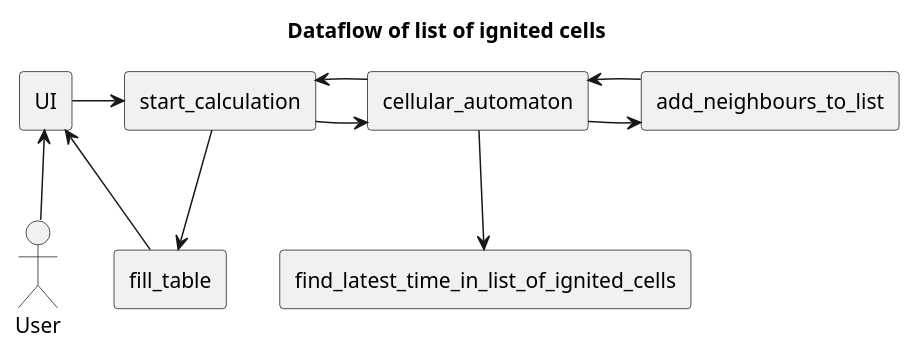
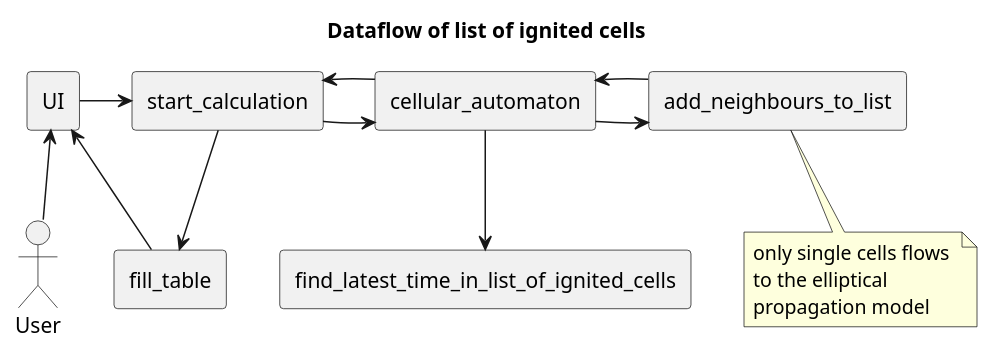
The diagram in documentation/dataflow_list_of_ignited_cells.plantuml (OTI2020/ember-sim-germany), drawn with PlantUML before and after one commit.

Commit message:
add note for elliptical propagation model

```diff
--- a/documentation/dataflow_list_of_ignited_cells.plantuml
+++ b/documentation/dataflow_list_of_ignited_cells.plantuml
@@ -1,22 +1,30 @@
 @startuml
 'skinparam handwritten false
 actor User
 rectangle UI
 rectangle start_calculation
 rectangle cellular_automaton
 rectangle find_latest_time_in_list_of_ignited_cells
 rectangle fill_table
 rectangle add_neighbours_to_list
 
 Title Dataflow of list of ignited cells
 
 User -up-> "UI"
 "UI" -right-> "start_calculation"
 "start_calculation" -right-> "cellular_automaton"
 "cellular_automaton" --> "find_latest_time_in_list_of_ignited_cells"
 "cellular_automaton" -right-> "add_neighbours_to_list"
 add_neighbours_to_list -left-> cellular_automaton
+
+'note
+note bottom 
+only single cells flows 
+to the elliptical 
+propagation model
+end note
+
 "cellular_automaton" -left-> "start_calculation"
 "start_calculation" --> "fill_table"
  "fill_table" -left-> "UI"
 @enduml
```
